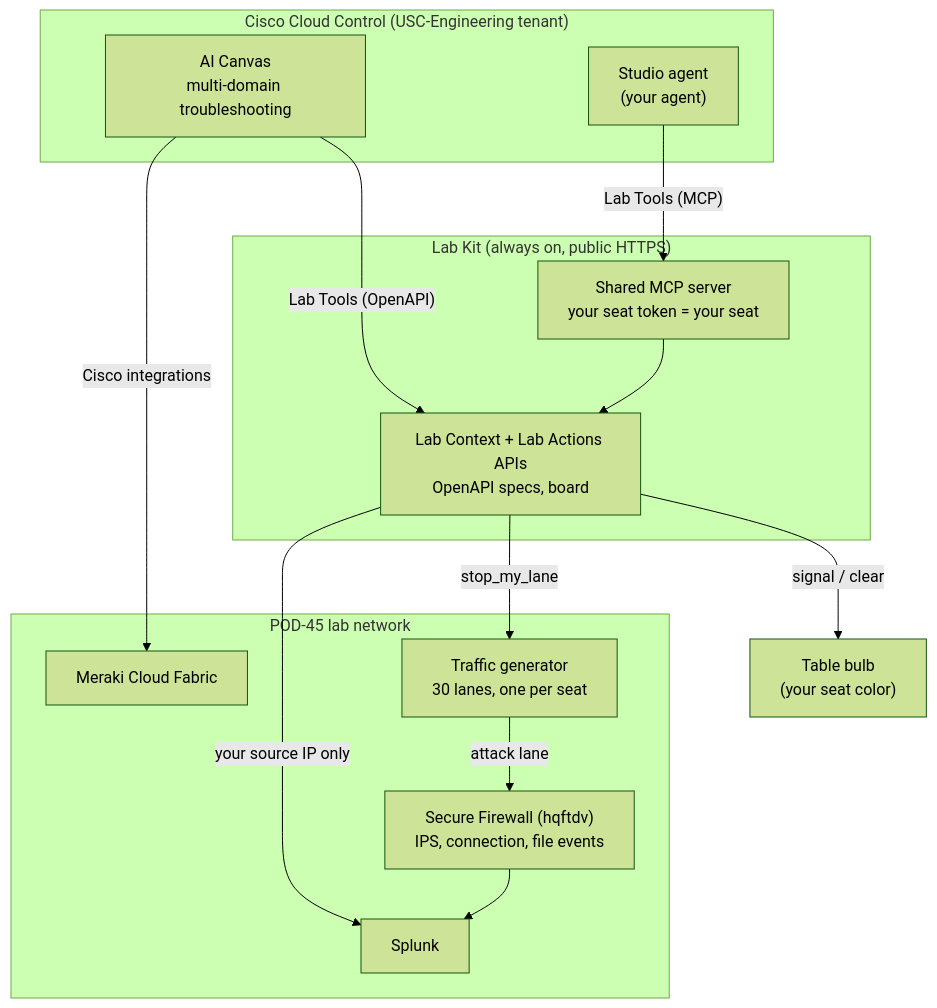
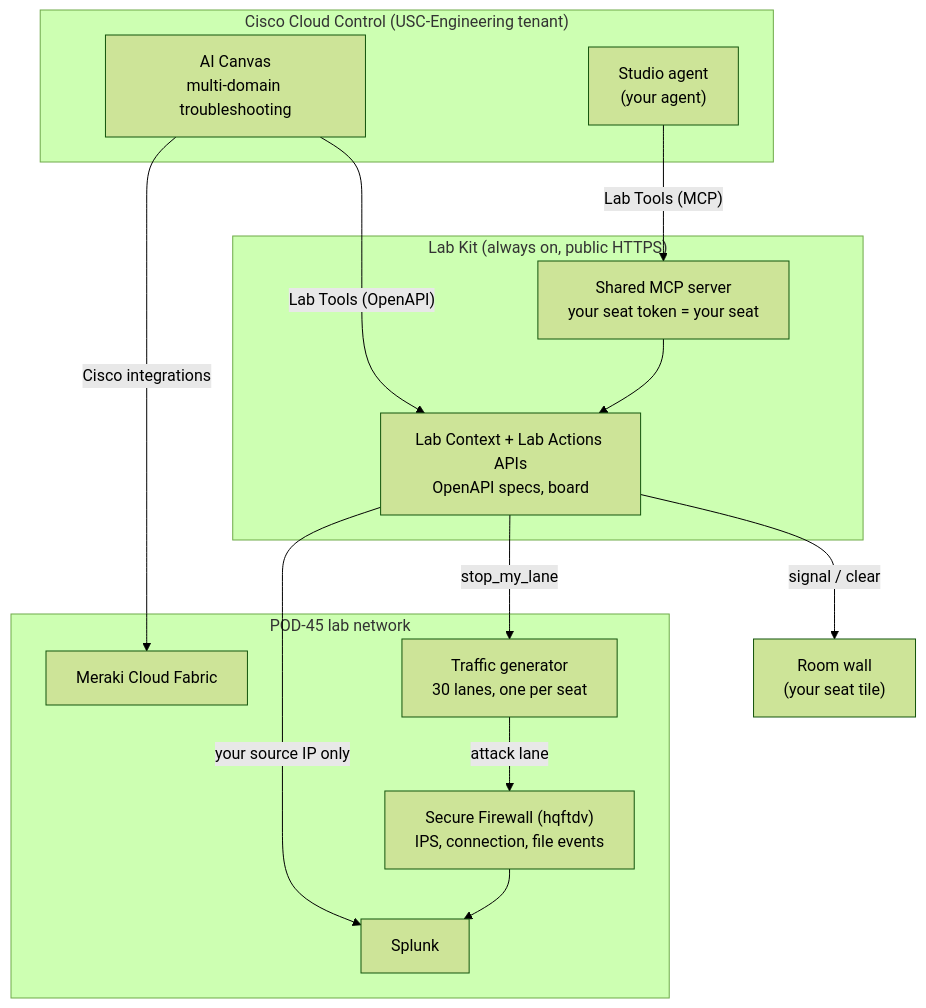
Before and after one commit to mokuma56/cloud-control-agent-lab-guide: the diagram in docs/index.md, drawn with Mermaid (forest theme). The commit also changed other lines of this file and 12 other files, not shown here.

First line of the commit message:
Replace table bulbs with the Night Watch room wall

````diff
--- a/docs/index.md
+++ b/docs/index.md
@@ -22,25 +22,25 @@
 ```mermaid
 flowchart TB
   subgraph CC["Cisco Cloud Control (USC-Engineering tenant)"]
     Canvas["AI Canvas<br/>multi-domain troubleshooting"]
     Studio["Studio agent<br/>(your agent)"]
   end
   subgraph Kit["Lab Kit (always on, public HTTPS)"]
     Broker["Lab Context + Lab Actions APIs<br/>OpenAPI specs, board"]
     MCP["Shared MCP server<br/>your seat token = your seat"]
   end
   subgraph Pod["POD-45 lab network"]
     Meraki["Meraki Cloud Fabric"]
     FTD["Secure Firewall (hqftdv)<br/>IPS, connection, file events"]
     Splunk["Splunk"]
     Gen["Traffic generator<br/>30 lanes, one per seat"]
   end
   Canvas -- "Cisco integrations" --> Meraki
   Canvas -- "Lab Tools (OpenAPI)" --> Broker
   Studio -- "Lab Tools (MCP)" --> MCP --> Broker
   Broker -- "your source IP only" --> Splunk
   FTD --> Splunk
   Gen -- "attack lane" --> FTD
   Broker -- "stop_my_lane" --> Gen
-  Broker -- "signal / clear" --> Bulb["Table bulb<br/>(your seat color)"]
+  Broker -- "signal / clear" --> Wall["Room wall<br/>(your seat tile)"]
 ```
````
